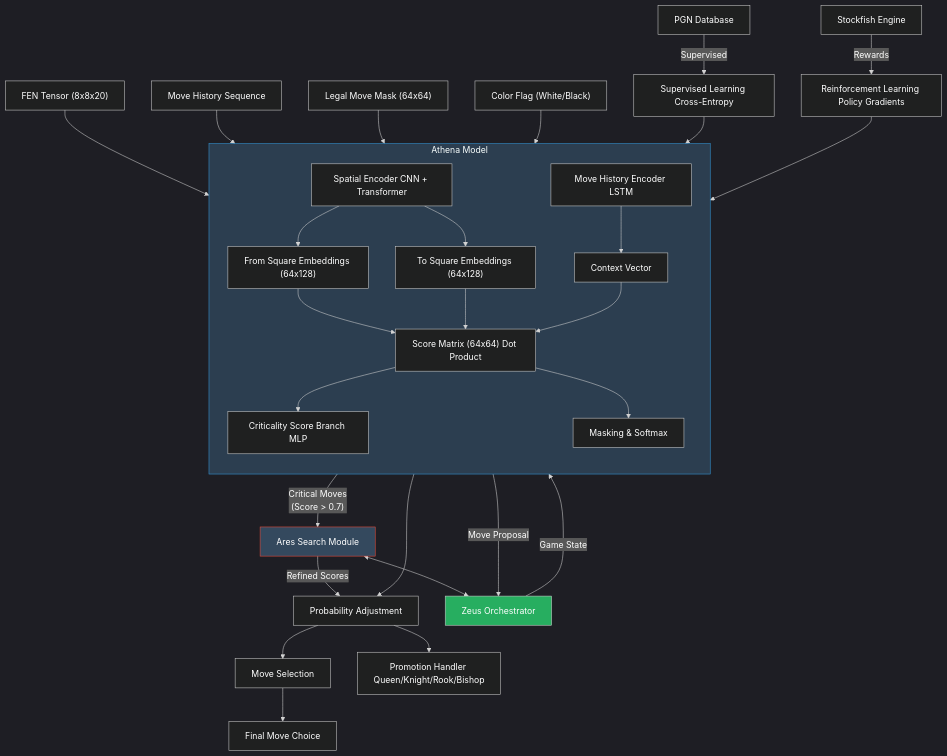
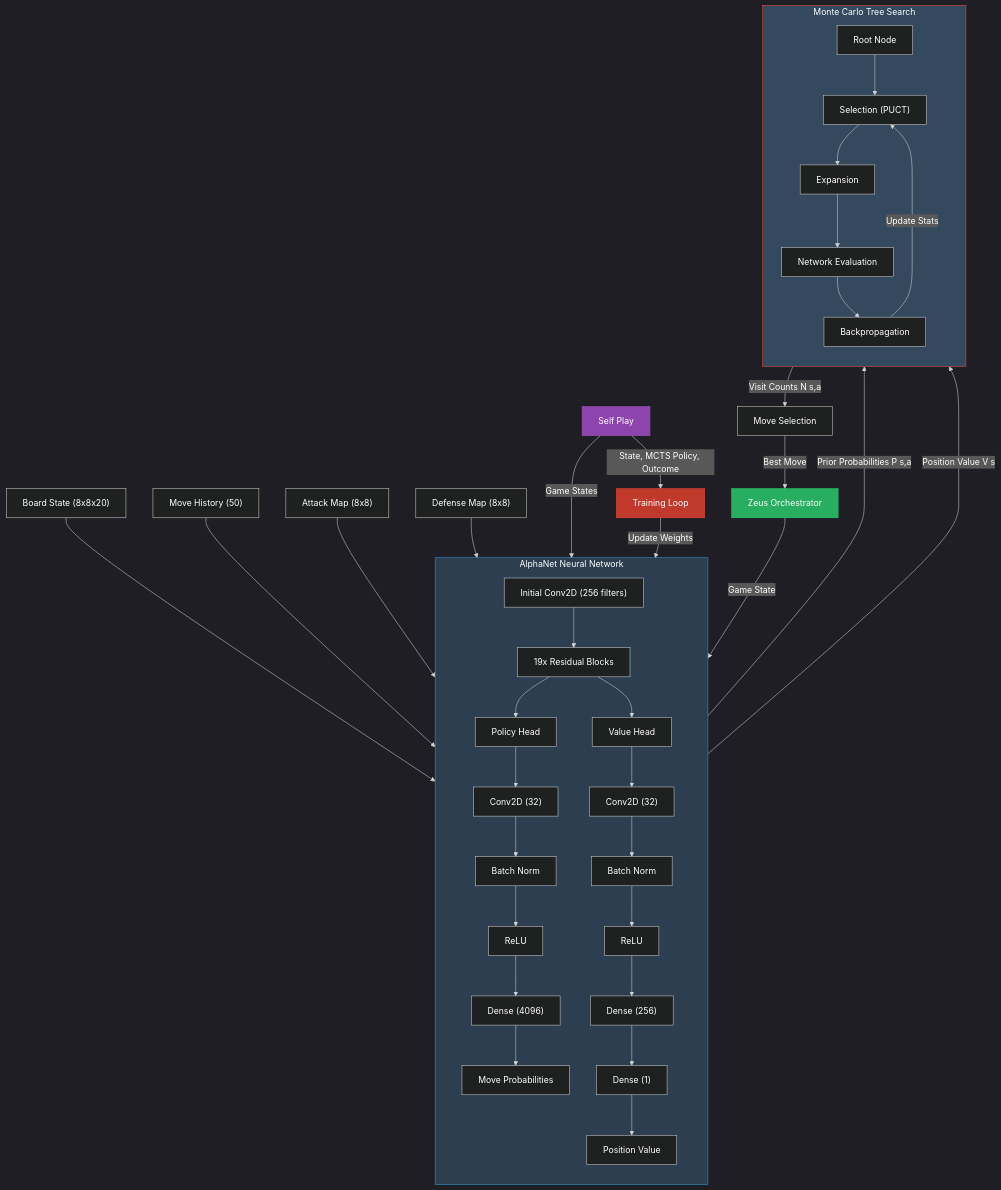
Before and after one commit to neavepaul/Kronos: the diagram in modules/athena/src/athena_proposed_arch.mmd, drawn with Mermaid. The commit also changed 27 other files, not shown here.

```diff
--- a/modules/athena/src/athena_proposed_arch.mmd
+++ b/modules/athena/src/athena_proposed_arch.mmd
@@ -1,47 +1,60 @@
 %%{init: {'theme': 'dark', 'themeVariables': { 'textColor': '#FFF' }}}%%
 graph TD
     %% Inputs
-    FEN["FEN Tensor (8x8x20)"] --> Athena
-    MoveHistory["Move History Sequence"] --> Athena
-    LegalMask["Legal Move Mask (64x64)"] --> Athena
-    Color["Color Flag (White/Black)"] --> Athena
+    FEN["Board State (8x8x20)"] --> Network
+    History["Move History (50)"] --> Network
+    AttackMap["Attack Map (8x8)"] --> Network
+    DefenseMap["Defense Map (8x8)"] --> Network
 
-    %% Athena Core Processing
-    subgraph Athena[Athena Model]
+    %% Neural Network Architecture
+    subgraph Network[AlphaNet Neural Network]
         direction TB
-        Encoder[Spatial Encoder CNN + Transformer] --> FromEmbed["From Square Embeddings (64x128)"]
-        Encoder --> ToEmbed["To Square Embeddings (64x128)"]
-        MoveHistEnc[Move History Encoder LSTM] --> Context[Context Vector]
-        
-        FromEmbed --> ScoreMatrix["Score Matrix (64x64) Dot Product"]
-        ToEmbed --> ScoreMatrix
-        Context --> ScoreMatrix
-        
-        ScoreMatrix --> Criticality[Criticality Score Branch MLP]
-        ScoreMatrix --> Masking[Masking & Softmax]
+        Conv["Initial Conv2D (256 filters)"] --> ResBlocks
+        ResBlocks["19x Residual Blocks"] --> PolicyHead
+        ResBlocks --> ValueHead
+
+        %% Policy Head
+        PolicyHead["Policy Head"] --> PolicyConv["Conv2D (32)"]
+        PolicyConv --> PolicyBN["Batch Norm"]
+        PolicyBN --> PolicyReLU["ReLU"]
+        PolicyReLU --> PolicyDense["Dense (4096)"]
+        PolicyDense --> PolicyOut["Move Probabilities"]
+
+        %% Value Head
+        ValueHead["Value Head"] --> ValueConv["Conv2D (32)"]
+        ValueConv --> ValueBN["Batch Norm"]
+        ValueBN --> ValueReLU["ReLU"]
+        ValueReLU --> ValueDense1["Dense (256)"]
+        ValueDense1 --> ValueDense2["Dense (1)"]
+        ValueDense2 --> ValueOut["Position Value"]
     end
 
-    %% Ares Interaction
-    Criticality -- Critical Moves\n(Score > 0.7)--> Ares[Ares Search Module]
-    Ares -->|Refined Scores| Adjust[Probability Adjustment]
-    Masking --> Adjust
+    %% MCTS Search
+    subgraph MCTS[Monte Carlo Tree Search]
+        direction TB
+        Root["Root Node"] --> Selection["Selection (PUCT)"]
+        Selection --> Expansion["Expansion"]
+        Expansion --> Simulation["Network Evaluation"]
+        Simulation --> Backprop["Backpropagation"]
+        Backprop -->|Update Stats| Selection
+    end
 
-    %% Output
-    Adjust --> MoveSel[Move Selection]
-    Adjust --> Promotion[Promotion Handler Queen/Knight/Rook/Bishop]
-    MoveSel --> FinalMove[Final Move Choice]
+    %% Network-MCTS Interaction
+    PolicyOut -->|Prior Probabilities P s,a| MCTS
+    ValueOut -->|Position Value V s| MCTS
+    MCTS -->|Visit Counts N s,a| MoveSel[Move Selection]
 
-    %% Training
-    PGN[PGN Database] -->|Supervised| SL[Supervised Learning Cross-Entropy]
-    Stockfish[Stockfish Engine] -->|Rewards| RL[Reinforcement Learning Policy Gradients]
-    SL --> Athena
-    RL --> Athena
+    %% Training Flow
+    SelfPlay["Self Play"] -->|Game States| Network
+    SelfPlay -->|State, MCTS Policy, Outcome| Training["Training Loop"]
+    Training -->|Update Weights| Network
 
-    %% System Context
-    Zeus[Zeus Orchestrator] -->|Game State| Athena
-    Athena -->|Move Proposal| Zeus
-    Ares <--> Zeus
+    %% System Integration
+    Zeus[Zeus Orchestrator] -->|Game State| Network
+    MoveSel -->|Best Move| Zeus
     
-    style Athena fill:#2c3e50,stroke:#3498db
-    style Ares fill:#34495e,stroke:#e74c3c
-    style Zeus fill:#27ae60,stroke:#2ecc71x
+    style Network fill:#2c3e50,stroke:#3498db
+    style MCTS fill:#34495e,stroke:#e74c3c
+    style Zeus fill:#27ae60,stroke:#2ecc71
+    style SelfPlay fill:#8e44ad,stroke:#9b59b6
+    style Training fill:#c0392b,stroke:#e74c3c
```
